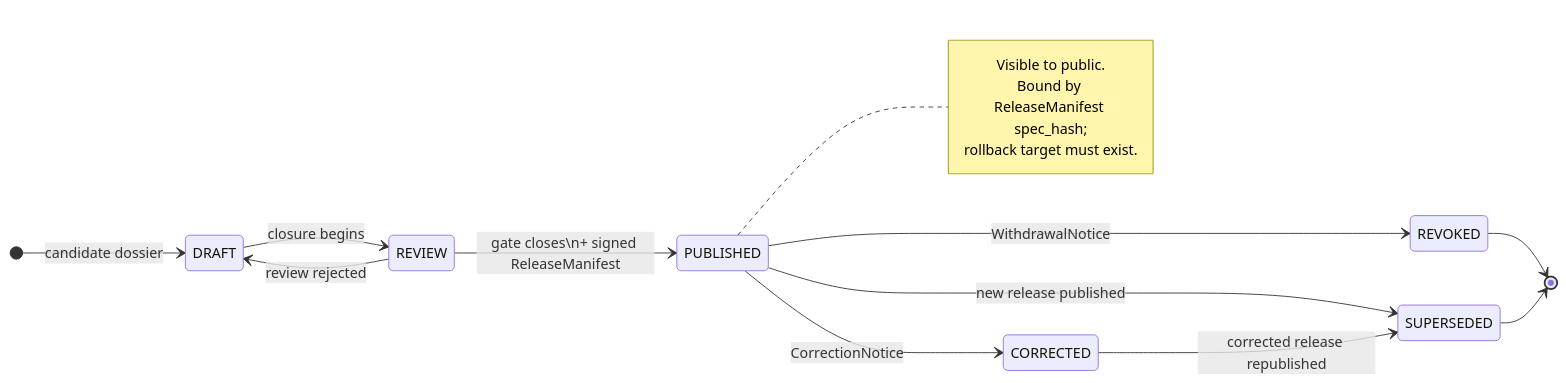
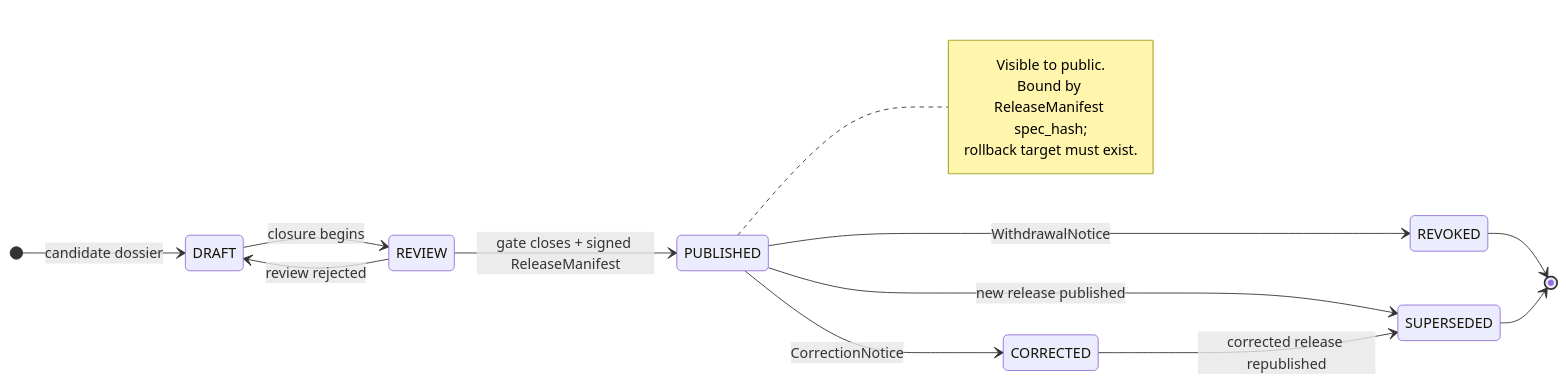
One commit to bartytime4life/Kansas-Frontier-Matrix changed the first of 2 diagrams in docs/domains/roads-rail-trade/RELEASE_INDEX.md. Above: the diagram before and after it, drawn with Mermaid. The commit also changed other lines of this file, not shown here.

````diff
--- a/docs/domains/roads-rail-trade/RELEASE_INDEX.md
+++ b/docs/domains/roads-rail-trade/RELEASE_INDEX.md
@@ -138,20 +139,20 @@
 ```mermaid
 stateDiagram-v2
   direction LR
   [*] --> DRAFT: candidate dossier
   DRAFT --> REVIEW: closure begins
   REVIEW --> DRAFT: review rejected
-  REVIEW --> PUBLISHED: gate closes\n+ signed ReleaseManifest
+  REVIEW --> PUBLISHED: gate closes + signed ReleaseManifest
   PUBLISHED --> SUPERSEDED: new release published
   PUBLISHED --> REVOKED: WithdrawalNotice
   PUBLISHED --> CORRECTED: CorrectionNotice
   CORRECTED --> SUPERSEDED: corrected release republished
   REVOKED --> [*]
   SUPERSEDED --> [*]
 
   note right of PUBLISHED
     Visible to public.
     Bound by ReleaseManifest spec_hash;
     rollback target must exist.
   end note
 ```
````
